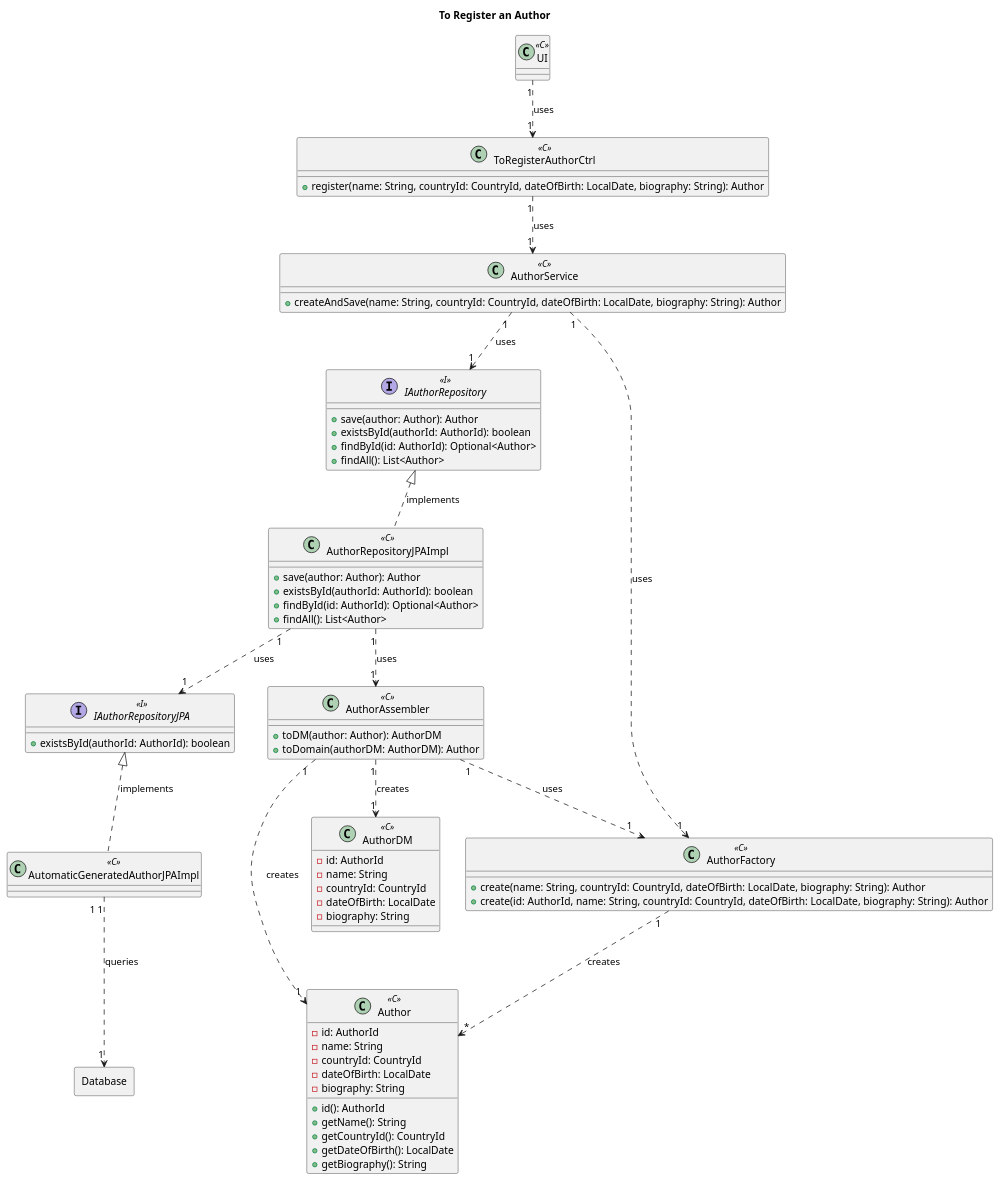
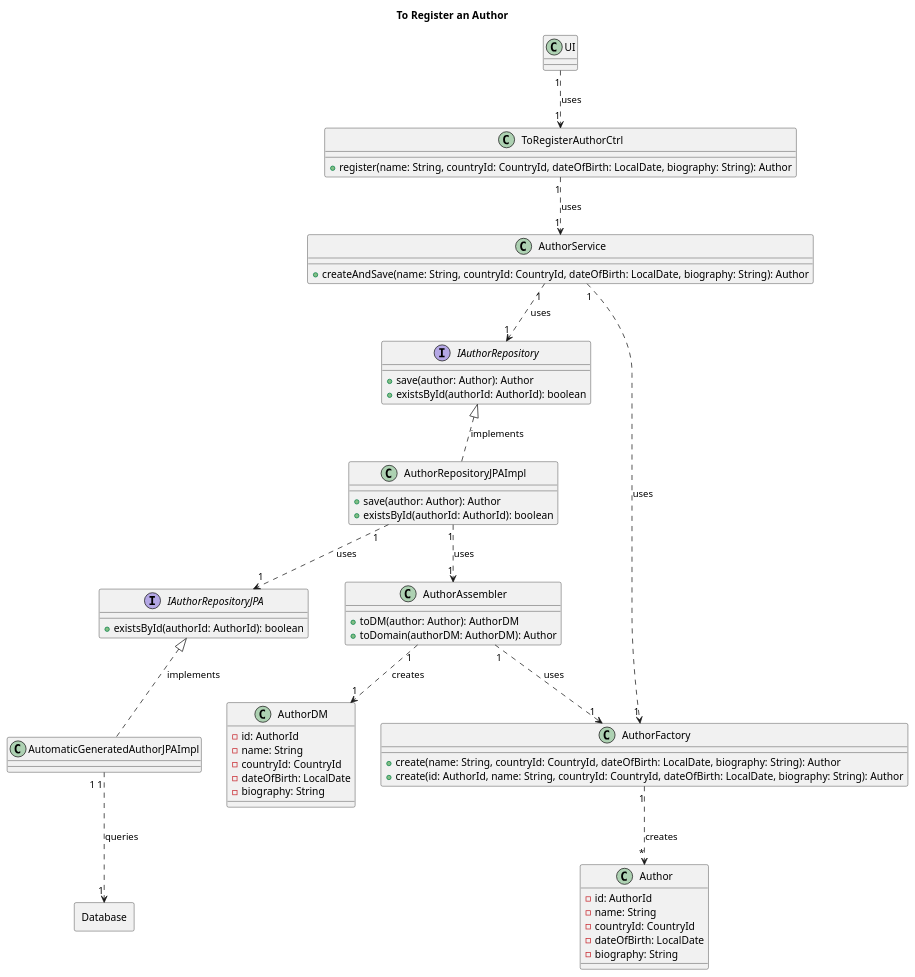
Before and after one commit to AndrePereiraGitH/SWitCH-Project-Team_A: the diagram in Diagrams/ClassDiagrams/To-register-an-author.puml, drawn with PlantUML. The commit also changed 1 other file, not shown here.

Commit message:
#755 update Author diagrams

```diff
--- a/Diagrams/ClassDiagrams/To-register-an-author.puml
+++ b/Diagrams/ClassDiagrams/To-register-an-author.puml
@@ -1,95 +1,85 @@
 @startuml
 title To Register an Author
 
 ' ── UI Layer ───────────────────────────────────────────────
-class UI <<C>> {
+class UI {
 }
 
 ' ── Controller Layer ───────────────────────────────────────
-class ToRegisterAuthorCtrl <<C>> {
+class ToRegisterAuthorCtrl {
   + register(name: String, countryId: CountryId, dateOfBirth: LocalDate, biography: String): Author
 }
 
 ' ── Application Layer ──────────────────────────────────────
-class AuthorService <<C>> {
+class AuthorService {
   + createAndSave(name: String, countryId: CountryId, dateOfBirth: LocalDate, biography: String): Author
 }
 
 ' ── Domain Layer ───────────────────────────────────────────
-interface IAuthorRepository <<I>> {
+interface IAuthorRepository {
   + save(author: Author): Author
   + existsById(authorId: AuthorId): boolean
-  + findById(id: AuthorId): Optional<Author>
-  + findAll(): List<Author>
 }
 
-class AuthorFactory <<C>> {
+class AuthorFactory {
   + create(name: String, countryId: CountryId, dateOfBirth: LocalDate, biography: String): Author
   + create(id: AuthorId, name: String, countryId: CountryId, dateOfBirth: LocalDate, biography: String): Author
 }
 
-class Author <<C>> {
+class Author {
   - id: AuthorId
   - name: String
   - countryId: CountryId
   - dateOfBirth: LocalDate
   - biography: String
-  + id(): AuthorId
-  + getName(): String
-  + getCountryId(): CountryId
-  + getDateOfBirth(): LocalDate
-  + getBiography(): String
 }
 
 ' ── Infrastructure Layer ───────────────────────────────────
-class AuthorRepositoryJPAImpl <<C>> {
+class AuthorRepositoryJPAImpl {
   + save(author: Author): Author
-  + existsById(authorId: AuthorId): boolean
-  + findById(id: AuthorId): Optional<Author>
-  + findAll(): List<Author>
-}
-
-class AutomaticGeneratedAuthorJPAImpl <<C>> {
-}
-
-interface IAuthorRepositoryJPA <<I>> {
   + existsById(authorId: AuthorId): boolean
 }
 
-class AuthorAssembler <<C>> {
+class AutomaticGeneratedAuthorJPAImpl {
+}
+
+interface IAuthorRepositoryJPA {
+  + existsById(authorId: AuthorId): boolean
+}
+
+class AuthorAssembler {
   + toDM(author: Author): AuthorDM
   + toDomain(authorDM: AuthorDM): Author
 }
 
-class AuthorDM <<C>> {
+class AuthorDM {
   - id: AuthorId
   - name: String
   - countryId: CountryId
   - dateOfBirth: LocalDate
   - biography: String
 }
 
 Rectangle Database {
 }
 
 ' ── Relationships ──────────────────────────────────────────
 UI "1" ..> "1" ToRegisterAuthorCtrl : uses
 ToRegisterAuthorCtrl "1" ..> "1" AuthorService : uses
 
 AuthorService "1" ..> "1" AuthorFactory : uses
 AuthorService "1" ..> "1" IAuthorRepository : uses
 
 IAuthorRepository <|.. AuthorRepositoryJPAImpl : implements
 AuthorRepositoryJPAImpl "1" ..> "1" IAuthorRepositoryJPA : uses
 AuthorRepositoryJPAImpl "1" ..> "1" AuthorAssembler : uses
 
 IAuthorRepositoryJPA <|.. AutomaticGeneratedAuthorJPAImpl : implements
 AutomaticGeneratedAuthorJPAImpl "1 1" ..> "1" Database : queries
 
 AuthorAssembler "1" ..> "1" AuthorDM : creates
-AuthorAssembler "1" ..> "1" Author : creates
 AuthorAssembler "1" ..> "1" AuthorFactory : uses
 
 AuthorFactory "1" ..> "*" Author : creates
 
 @enduml
```
